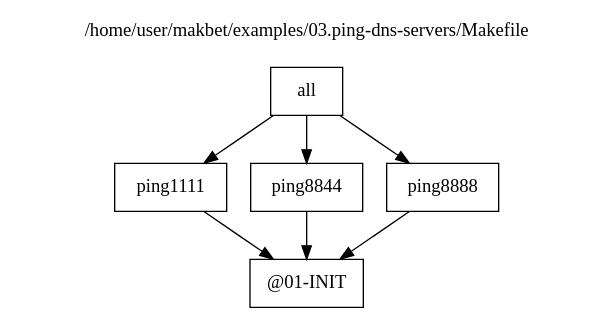
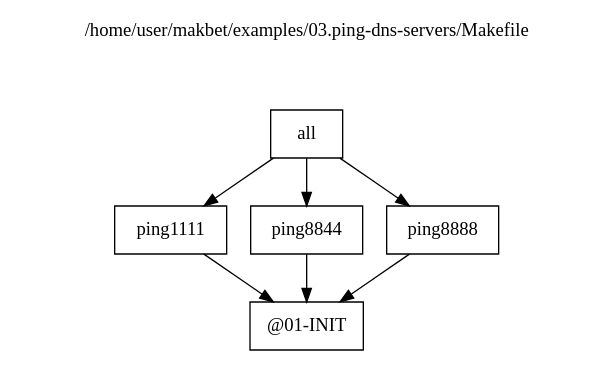
The diagram in docs/examples/03.ping-dns-servers/results.dot (skaluzka/makbet), drawn with Graphviz before and after one commit. The commit also changed 11 other files, not shown here.

Commit message:
[DEV] Add two empty lines to DOT graph title

```diff
--- a/docs/examples/03.ping-dns-servers/results.dot
+++ b/docs/examples/03.ping-dns-servers/results.dot
@@ -1,29 +1,29 @@
 digraph {
 
 // This file has been generated by makbet heads/master-0-g88262d1
 // Generation date: Wed 19 Aug 2020 01:21:07 AM CEST
 // Input: /home/user/makbet/examples/03.ping-dns-servers/Makefile
 
 // Graph title.
 labelloc="t";
-label="/home/user/makbet/examples/03.ping-dns-servers/Makefile\n\n"
+label="/home/user/makbet/examples/03.ping-dns-servers/Makefile\n\n\n\n"
 
 // Node options.
 node [shape=box];
 
 "all" -> "ping1111";
 "all" -> "ping8844";
 "all" -> "ping8888";
 
 "@01-INIT";
 
 "ping1111" -> "@01-INIT";
 
 "ping8844" -> "@01-INIT";
 
 "ping8888" -> "@01-INIT";
 
 }
 
 
 // End of file
```
